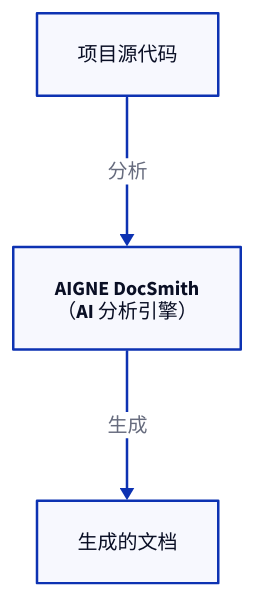
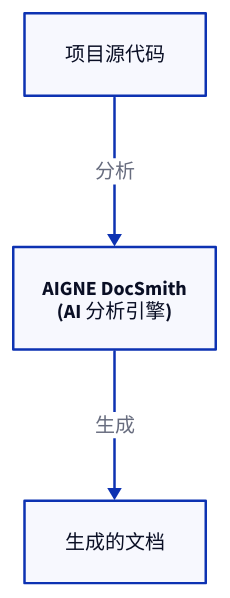
The diagram in docs/overview.zh.md (AIGNE-io/aigne-doc-smith), drawn with D2 before and after one commit. The commit also changed other lines of this file and 25 other files, not shown here.

````diff
--- a/docs/overview.zh.md
+++ b/docs/overview.zh.md
@@ -11,21 +11,21 @@
 ```d2
 direction: down
 
 Source-Code: {
   label: "项目源代码"
   shape: rectangle
 }
 
 DocSmith: {
-  label: "AIGNE DocSmith\n（AI 分析引擎）"
+  label: "AIGNE DocSmith\n(AI 分析引擎)"
   shape: rectangle
 }
 
 Docs: {
   label: "生成的文档"
   shape: rectangle
 }
 
 Source-Code -> DocSmith: "分析"
 DocSmith -> Docs: "生成"
 ```
````
